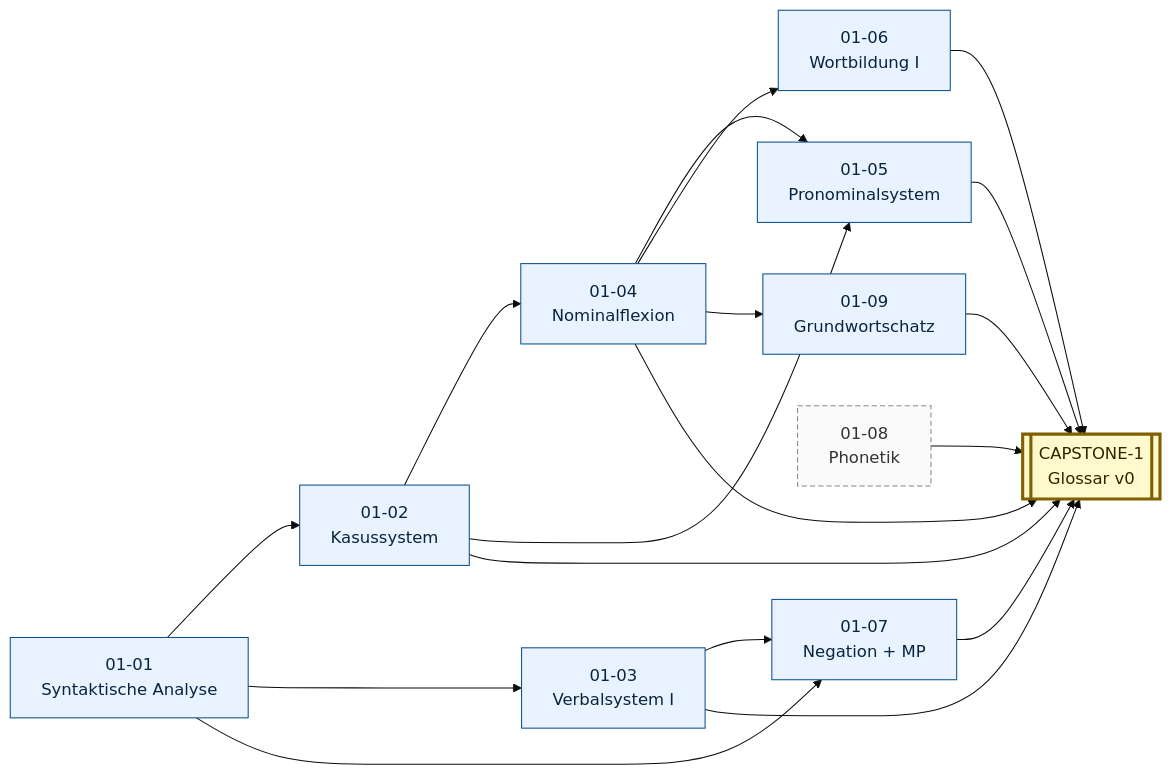
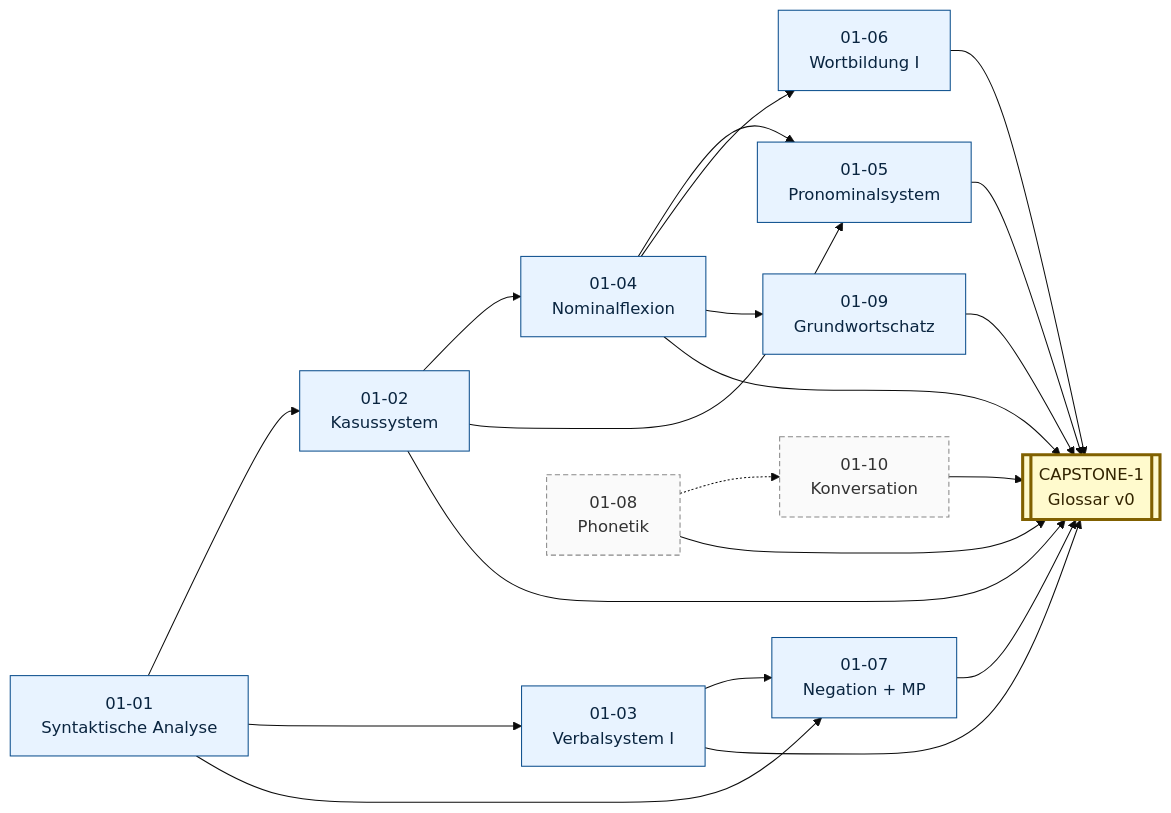
One commit to NicolasDeNigris91/Deutly changed the second of 11 diagrams in framework/00-meta/DAG.md. Above: the diagram before and after it, drawn with Mermaid (base theme). The commit also changed other lines of this file and 25 other files, not shown here.

````diff
--- a/framework/00-meta/DAG.md
+++ b/framework/00-meta/DAG.md
@@ -47,36 +47,39 @@
 ```mermaid
 flowchart LR
     classDef base fill:#e8f3ff,stroke:#0a4d8c,color:#0a2540
     classDef parallel fill:#fafafa,stroke:#888888,color:#333333,stroke-dasharray: 5 3
     classDef capstone fill:#fffacd,stroke:#806000,color:#332400,stroke-width:3px
 
     M0101["01-01<br/>Syntaktische Analyse"]:::base
     M0102["01-02<br/>Kasussystem"]:::base
     M0103["01-03<br/>Verbalsystem I"]:::base
     M0104["01-04<br/>Nominalflexion"]:::base
     M0105["01-05<br/>Pronominalsystem"]:::base
     M0106["01-06<br/>Wortbildung I"]:::base
     M0107["01-07<br/>Negation + MP"]:::base
     M0108["01-08<br/>Phonetik"]:::parallel
     M0109["01-09<br/>Grundwortschatz"]:::base
+    M0110["01-10<br/>Konversation"]:::parallel
     C1[["CAPSTONE-1<br/>Glossar v0"]]:::capstone
 
     M0101 --> M0102
     M0101 --> M0103
     M0102 --> M0104
     M0102 --> M0105
     M0104 --> M0105
     M0104 --> M0106
     M0104 --> M0109
     M0101 --> M0107
     M0103 --> M0107
+    M0108 -.-> M0110
 
     M0102 --> C1
     M0103 --> C1
     M0104 --> C1
     M0105 --> C1
     M0106 --> C1
     M0107 --> C1
     M0108 --> C1
     M0109 --> C1
+    M0110 --> C1
 ```
````
